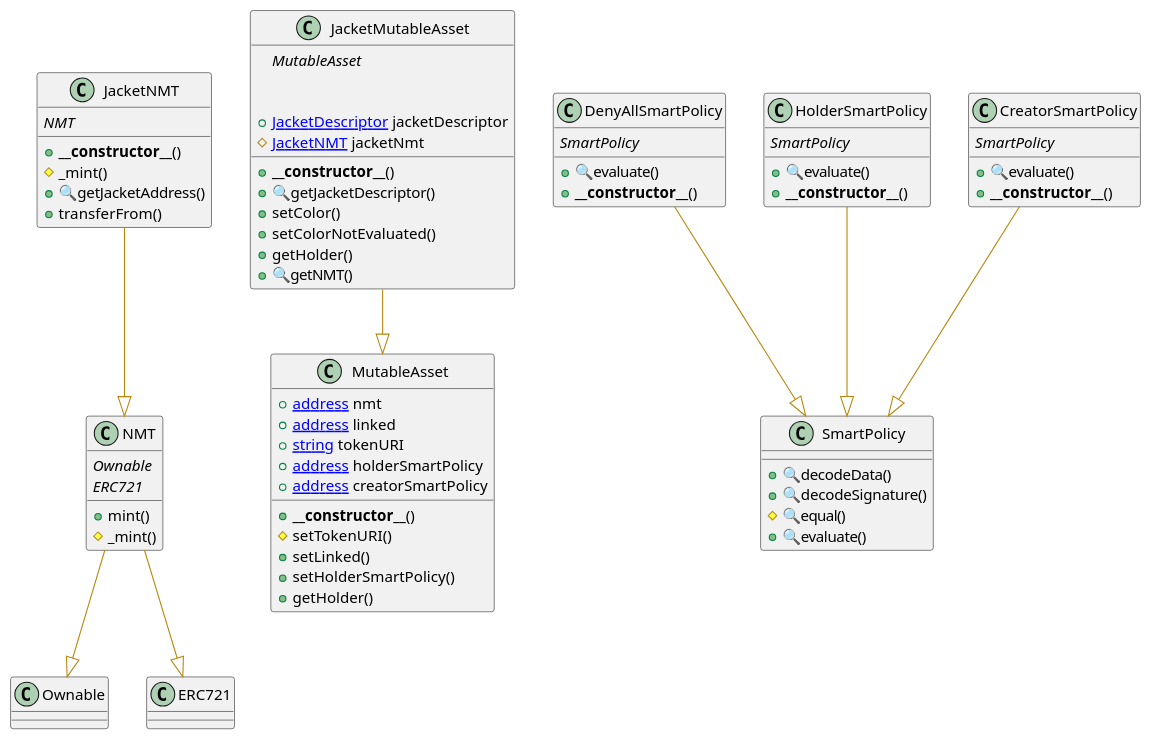
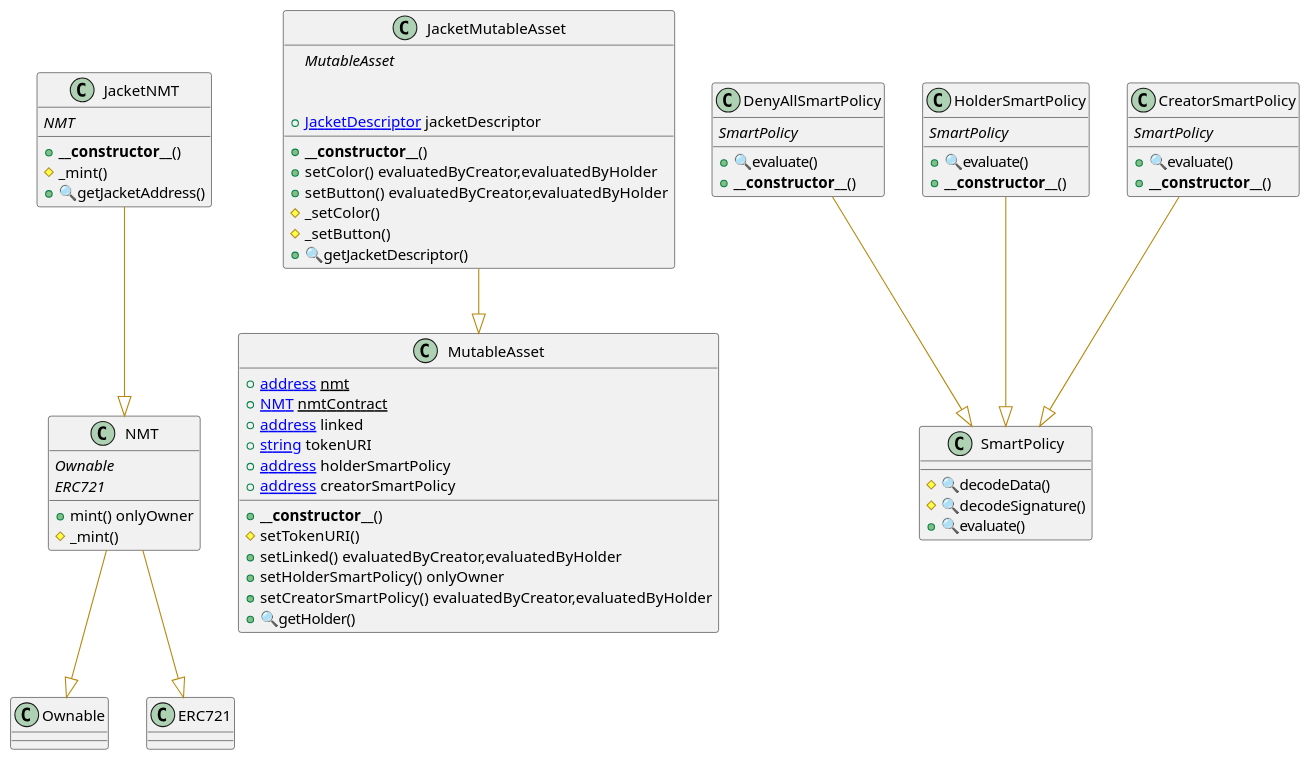
Before and after one commit to d0na/CMNT: the diagram in @startuml.wsd, drawn with PlantUML.

Commit message:
improvement: review uml

```diff
--- a/@startuml.wsd
+++ b/@startuml.wsd
@@ -1,157 +1,156 @@
 @startuml
 ' -- generated by: https://marketplace.visualstudio.com/items?itemName=tintinweb.solidity-visual-auditor
 '
 ' -- for auto-render install: https://marketplace.visualstudio.com/items?itemName=jebbs.plantuml
 ' -- options --
 
 allowmixing
 
 ' -- classes --
 
 
 class NMT {
     ' -- inheritance --
 	{abstract}Ownable
 	{abstract}ERC721
 
     ' -- usingFor --
 
     ' -- vars --
 
     ' -- methods --
-	+mint()
+	+mint() onlyOwner
 	#_mint()
 
 }
 ' -- inheritance / usingFor --
 NMT --[#DarkGoldenRod]|> Ownable
 NMT --[#DarkGoldenRod]|> ERC721
 
 
 
 
 class MutableAsset {
     ' -- inheritance --
 
     ' -- usingFor --
 
     ' -- vars --
-	+[[address]] nmt
+	+{static}[[address]] nmt
+	+{static}[[NMT]] nmtContract
 	+[[address]] linked
 	+[[string]] tokenURI
 	+[[address]] holderSmartPolicy
 	+[[address]] creatorSmartPolicy
 
     ' -- methods --
 	+**__constructor__**()
 	#setTokenURI()
-	+setLinked()
-	+setHolderSmartPolicy()
-	+getHolder()
+	+setLinked() evaluatedByCreator,evaluatedByHolder
+	+setHolderSmartPolicy() onlyOwner
+	+setCreatorSmartPolicy() evaluatedByCreator,evaluatedByHolder
+	+🔍getHolder()
 
 }
 
 class JacketMutableAsset {
     ' -- inheritance --
 	{abstract}MutableAsset
 
     ' -- usingFor --
 
     ' -- vars --
 	+[[JacketDescriptor]] jacketDescriptor
-	#[[JacketNMT]] jacketNmt
 
     ' -- methods --
 	+**__constructor__**()
+	+setColor() evaluatedByCreator,evaluatedByHolder
+	+setButton() evaluatedByCreator,evaluatedByHolder
+	#_setColor()
+	#_setButton()
 	+🔍getJacketDescriptor()
-	+setColor()
-	+setColorNotEvaluated()
-	+getHolder()
-	+🔍getNMT()
 
 }
 ' -- inheritance / usingFor --
 JacketMutableAsset --[#DarkGoldenRod]|> MutableAsset
 
 class JacketNMT {
     ' -- inheritance --
 	{abstract}NMT
 
     ' -- usingFor --
 
     ' -- vars --
 
     ' -- methods --
 	+**__constructor__**()
 	#_mint()
 	+🔍getJacketAddress()
-	+transferFrom()
 
 }
 ' -- inheritance / usingFor --
 JacketNMT --[#DarkGoldenRod]|> NMT
 
 
 class DenyAllSmartPolicy {
     ' -- inheritance --
 	{abstract}SmartPolicy
 
     ' -- usingFor --
 
     ' -- vars --
 
     ' -- methods --
 	+🔍evaluate()
 	+**__constructor__**()
 
 }
 ' -- inheritance / usingFor --
 DenyAllSmartPolicy --[#DarkGoldenRod]|> SmartPolicy
 
 class HolderSmartPolicy {
     ' -- inheritance --
 	{abstract}SmartPolicy
 
     ' -- usingFor --
 
     ' -- vars --
 
     ' -- methods --
 	+🔍evaluate()
 	+**__constructor__**()
 
 }
 ' -- inheritance / usingFor --
 HolderSmartPolicy --[#DarkGoldenRod]|> SmartPolicy
 
 class CreatorSmartPolicy {
     ' -- inheritance --
 	{abstract}SmartPolicy
 
     ' -- usingFor --
 
     ' -- vars --
 
     ' -- methods --
 	+🔍evaluate()
 	+**__constructor__**()
 
 }
 ' -- inheritance / usingFor --
 CreatorSmartPolicy --[#DarkGoldenRod]|> SmartPolicy
 
 class SmartPolicy {
     ' -- inheritance --
 
     ' -- usingFor --
 
     ' -- vars --
 
     ' -- methods --
-	+🔍decodeData()
-	+🔍decodeSignature()
-	#🔍equal()
+	#🔍decodeData()
+	#🔍decodeSignature()
 	+🔍evaluate()
 
 }
 @enduml
```
